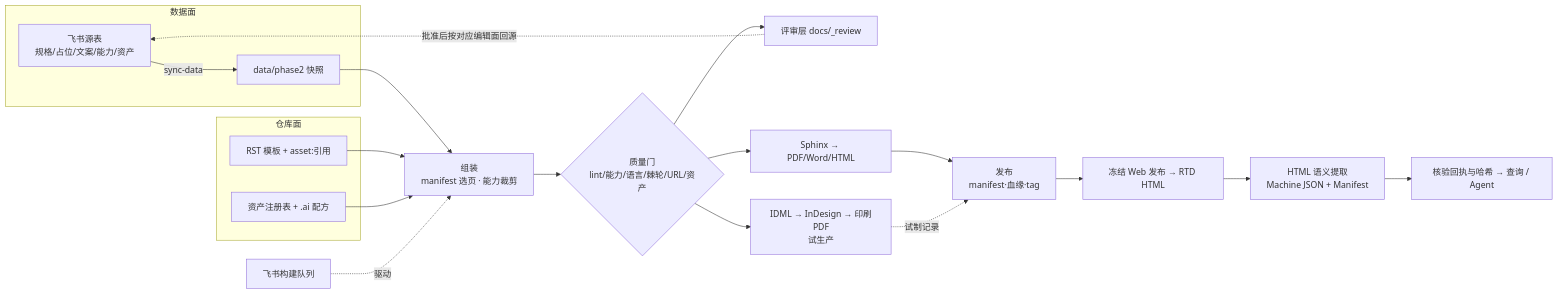
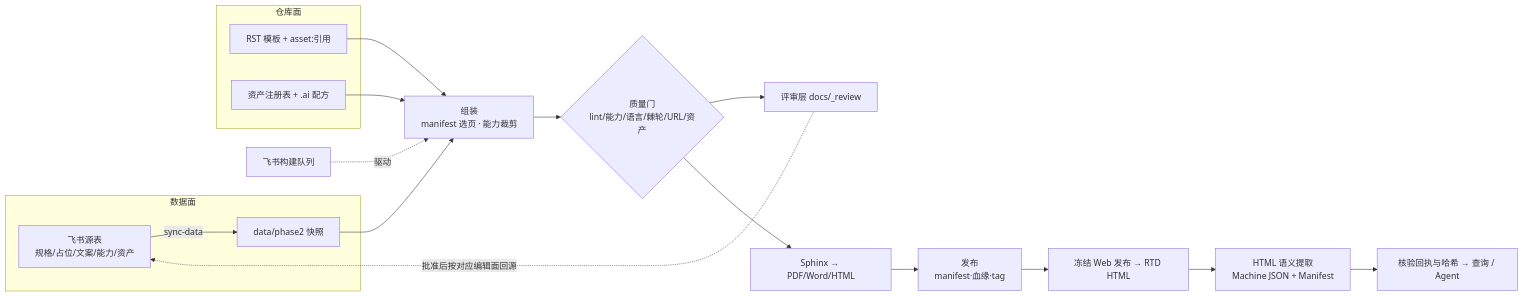
One commit to Bingboom/auto-manual changed the first of 2 diagrams in code-as-doc/architecture/system_evolution_history.md. Above: the diagram before and after it, drawn with Mermaid. The commit also changed other lines of this file and 13 other files, not shown here.

````diff
--- a/code-as-doc/architecture/system_evolution_history.md
+++ b/code-as-doc/architecture/system_evolution_history.md
@@ -46,24 +46,22 @@
 ```mermaid
 flowchart LR
   subgraph 数据面
     F[飞书源表<br/>规格/占位/文案/能力/资产] --sync-data--> S[data/phase2 快照]
   end
   subgraph 仓库面
     T[RST 模板 + asset:引用]
     A[资产注册表 + .ai 配方]
   end
   S --> ASM[组装<br/>manifest 选页 · 能力裁剪]
   T --> ASM
   A --> ASM
   ASM --> G{质量门<br/>lint/能力/语言/棘轮/URL/资产}
   G --> R[评审层 docs/_review]
   R -.批准后按对应编辑面回源.-> F
   G --> OUT1[Sphinx → PDF/Word/HTML]
-  G --> OUT2[IDML → InDesign → 印刷PDF<br/>试生产]
   OUT1 --> REL[发布<br/>manifest·血缘·tag]
-  OUT2 -.试制记录.-> REL
   Q[飞书构建队列] -.驱动.-> ASM
   REL --> WEB[冻结 Web 发布 → RTD HTML]
   WEB --> MACHINE[HTML 语义提取<br/>Machine JSON + Manifest]
   MACHINE --> READ[核验回执与哈希 → 查询 / Agent]
 ```
````
